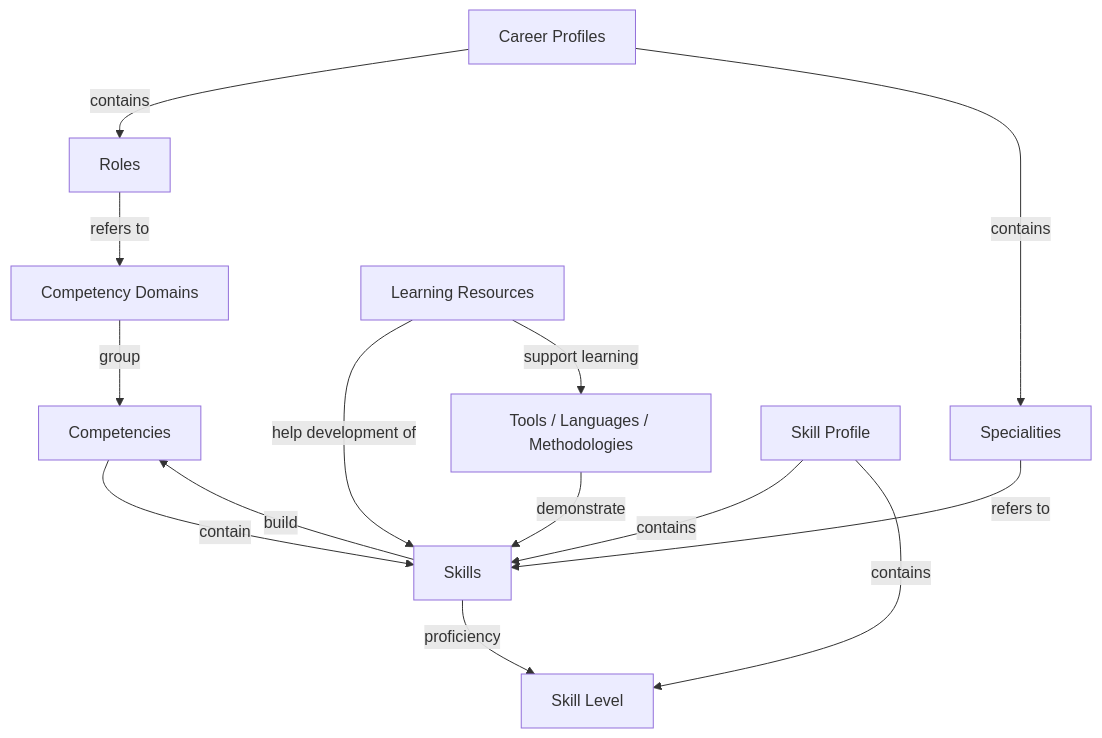
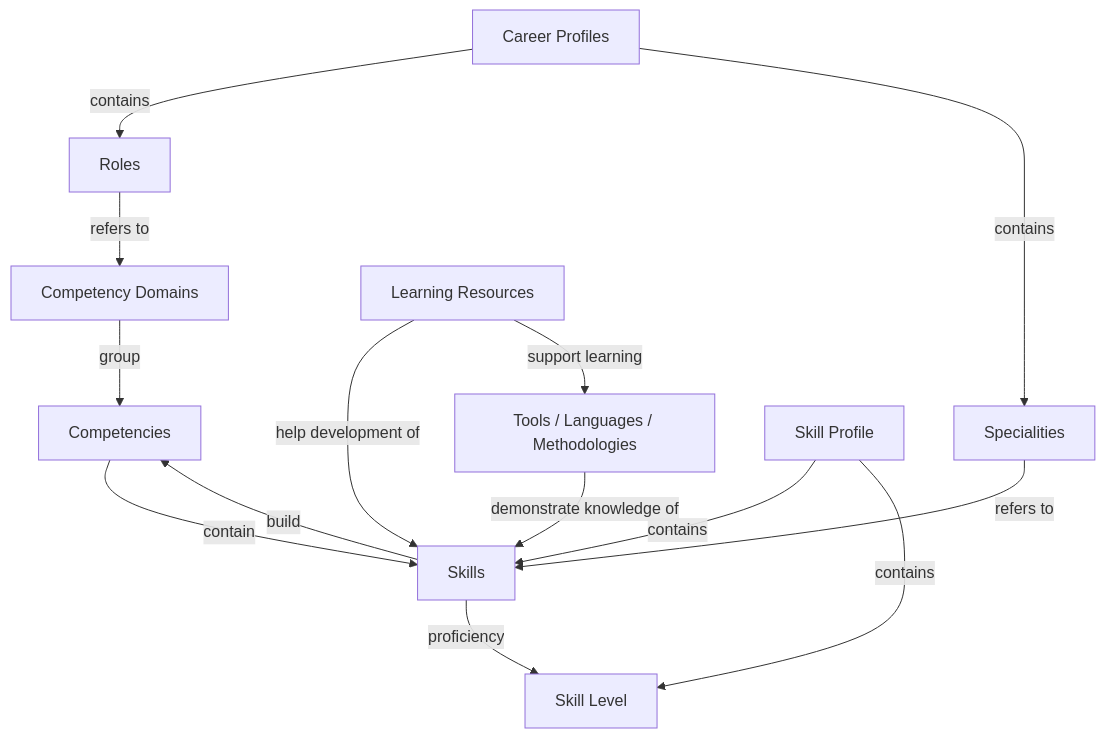
The diagram in framework/framework-diagram.md (direct-framework/digital-research-competencies-framework), drawn with Mermaid before and after one commit.

Commit message:
Clarify TLM's role in demonstrating knowledge

````diff
--- a/framework/framework-diagram.md
+++ b/framework/framework-diagram.md
@@ -12,28 +12,28 @@
 ```mermaid
 flowchart TD
 CD[Competency Domains]
 C[Competencies]
 Sk[Skills]
 SL[Skill Level]
 TLM[Tools / Languages / Methodologies]
 LR[Learning Resources]
 R[Roles]
 Spec[Specialities]
 CP[Career Profiles]
 SP[Skill Profile]
 
 
 CD -- group --> C
 C -- contain --> Sk
 Sk -- build --> C
 Sk -- proficiency --> SL
-TLM -- demonstrate --> Sk
+TLM -- demonstrate knowledge of --> Sk
 LR -- help development of --> Sk
 LR -- support learning --> TLM
 CP -- contains --> R
 CP -- contains --> Spec
 R -- refers to --> CD
 Spec -- refers to --> Sk
 SP -- contains --> Sk
 SP -- contains --> SL
 ```
````
